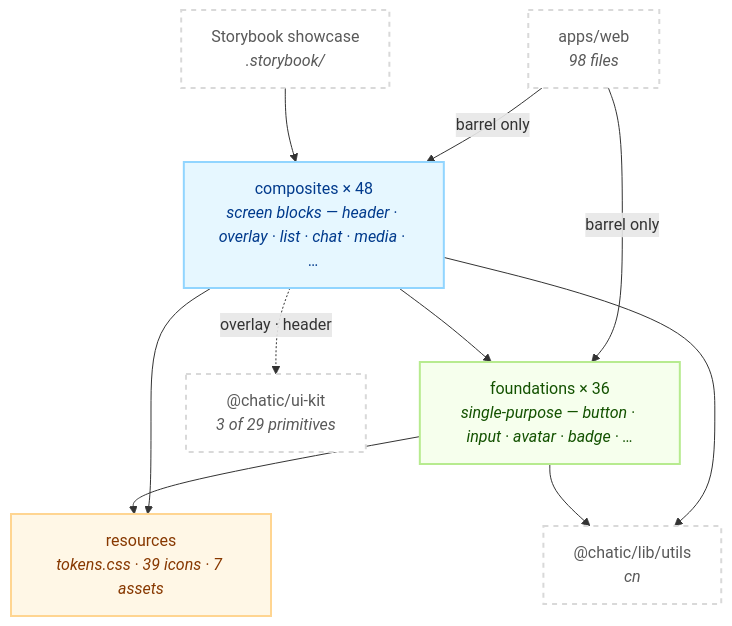
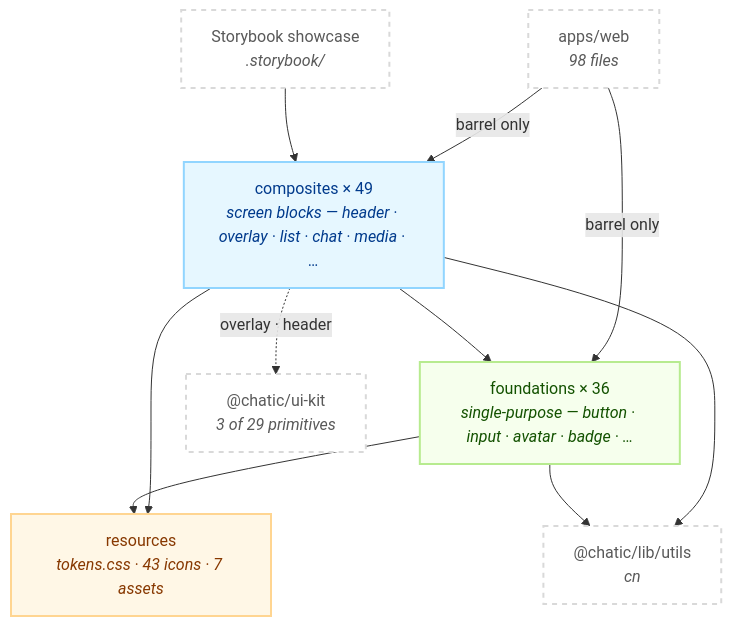
The first of 2 diagrams in libs/web-ui-kit/README.md (lemoncloud-io/dou-app), drawn with Mermaid before and after one commit. The commit also changed other lines of this file and 7 other files, not shown here.

````diff
--- a/libs/web-ui-kit/README.md
+++ b/libs/web-ui-kit/README.md
@@ -101,27 +102,27 @@
 ```mermaid
 flowchart TD
     classDef comp fill:#e6f7ff,stroke:#91d5ff,stroke-width:2px,color:#003a8c;
     classDef found fill:#f6ffed,stroke:#b7eb8f,stroke-width:2px,color:#135200;
     classDef res fill:#fff7e6,stroke:#ffd591,stroke-width:2px,color:#873800;
     classDef ext fill:#ffffff,stroke:#d9d9d9,stroke-width:2px,color:#595959,stroke-dasharray: 5 5;
 
     App["apps/web<br/><i>98 files</i>"]:::ext
     SB["Storybook showcase<br/><i>.storybook/</i>"]:::ext
 
-    C["composites × 48<br/><i>screen blocks — header · overlay · list · chat · media · …</i>"]:::comp
+    C["composites × 49<br/><i>screen blocks — header · overlay · list · chat · media · …</i>"]:::comp
     F["foundations × 36<br/><i>single-purpose — button · input · avatar · badge · …</i>"]:::found
-    R["resources<br/><i>tokens.css · 39 icons · 7 assets</i>"]:::res
+    R["resources<br/><i>tokens.css · 43 icons · 7 assets</i>"]:::res
 
     UK["@chatic/ui-kit<br/><i>3 of 29 primitives</i>"]:::ext
     CN["@chatic/lib/utils<br/><i>cn</i>"]:::ext
 
     App -->|"barrel only"| C
     App -->|"barrel only"| F
     SB --> C
     C --> F
     C --> R
     F --> R
     C -.->|"overlay · header"| UK
     C --> CN
     F --> CN
 ```
````
